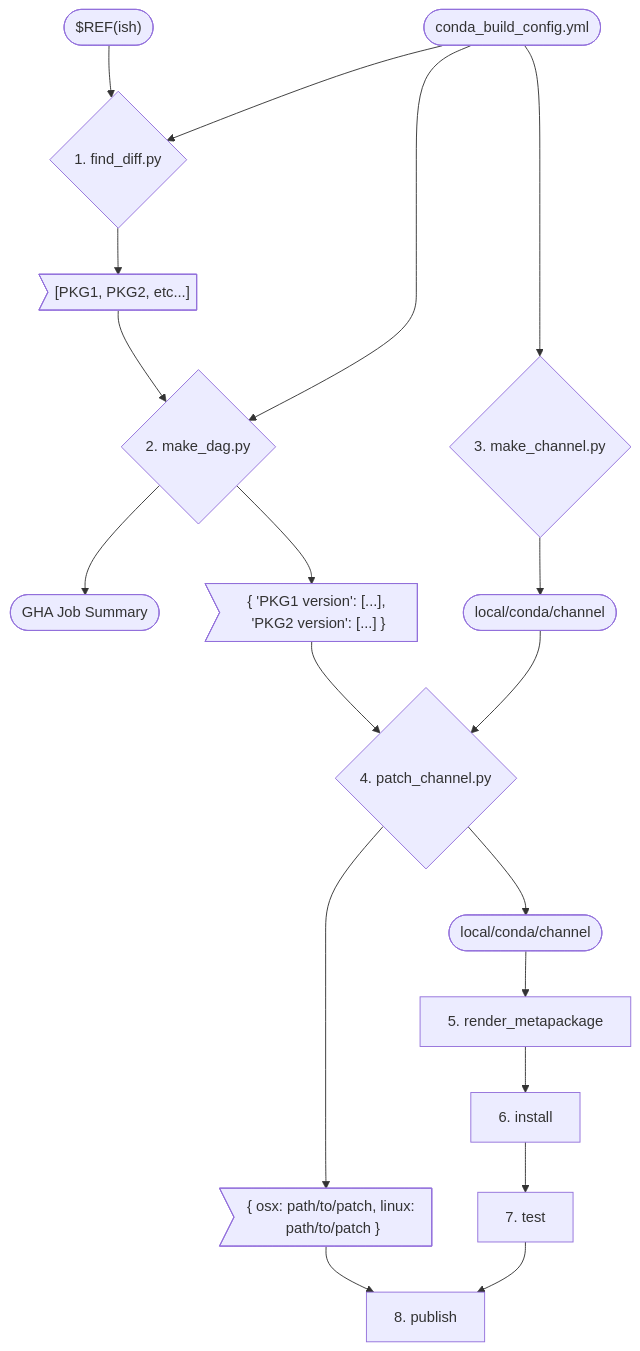
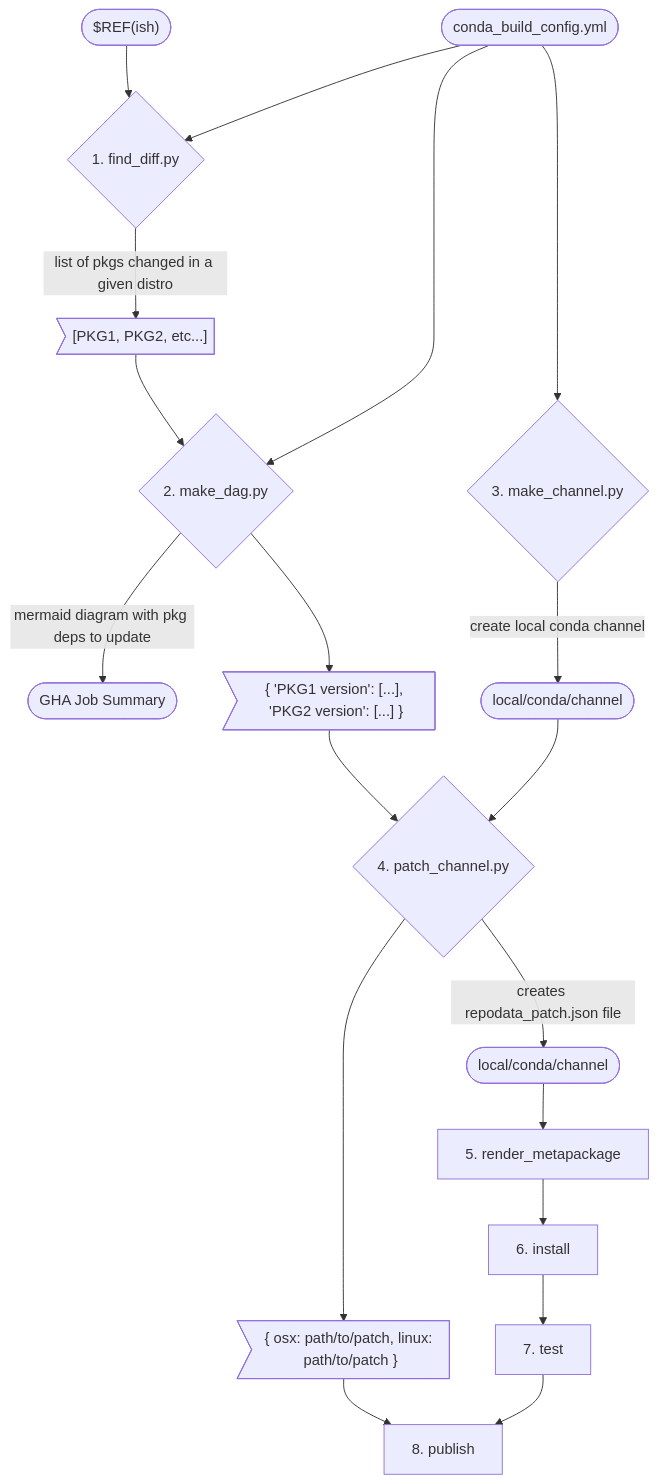
Before and after one commit to qiime2/distributions: the eighth of 8 diagrams in README.md, drawn with Mermaid.

Commit message:
squash: more descriptions

````diff
--- a/README.md
+++ b/README.md
@@ -196,38 +196,38 @@
 ```mermaid
 flowchart TB
   start(["conda_build_config.yml"])
   alt_start(["$REF(ish)"])
   find_diff{"1. find_diff.py"}
   pkg_diffs>"[PKG1, PKG2, etc...]"]
   make_dag{"2. make_dag.py"}
   job_sum(["GHA Job Summary"])
   pkg_diff_vers>"{ 'PKG1 version': [...], 'PKG2 version': [...] }"]
   make_channel{"3. make_channel.py"}
   channel_dir1(["local/conda/channel"])
   patch_channel{"4. patch_channel.py"}
   os_paths>"{ osx: path/to/patch, linux: path/to/patch }"]
   channel_dir2(["local/conda/channel"])
   render_meta["5. render_metapackage"]
   install["6. install"]
   test["7. test"]
   publish["8. publish"]
 
   start --> find_diff
   alt_start --> find_diff
-  find_diff --> pkg_diffs
+  find_diff -->|list of pkgs changed in a given distro| pkg_diffs
   pkg_diffs --> make_dag
   start --> make_dag
-  make_dag --> job_sum
+  make_dag -->|mermaid diagram with pkg deps to update| job_sum
   make_dag --> pkg_diff_vers
   start --> make_channel
-  make_channel --> channel_dir1
+  make_channel -->|create local conda channel| channel_dir1
   pkg_diff_vers --> patch_channel
   channel_dir1 --> patch_channel
   patch_channel --> os_paths
-  patch_channel --> channel_dir2
+  patch_channel -->|creates repodata_patch.json file| channel_dir2
   channel_dir2 --> render_meta
   render_meta --> install
   install --> test
   test --> publish
   os_paths --> publish
 ```
````
